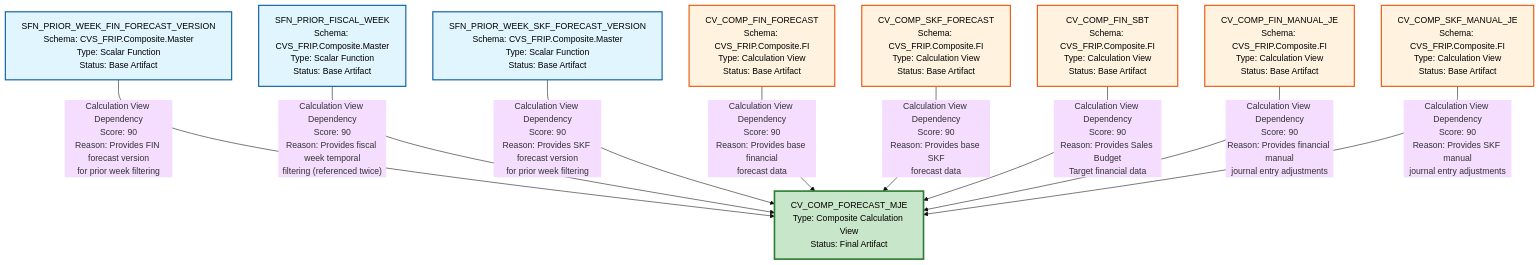
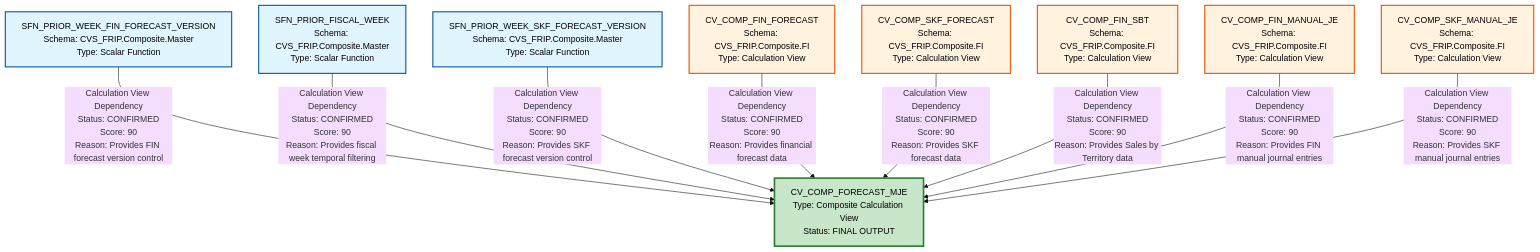
Before and after one commit to ELANSURIYAA/HANA-TO-BIGQUERY: the diagram in Agent Output MJE/DI HANA LINEAGE DEPENDENCY ANALYSIS EVALUATION MJE CV_COMP/Complete Lineage Analysis Report.md, drawn with Mermaid (base theme). The commit also changed other lines of this file, not shown here.

````diff
--- a/Agent Output MJE/DI HANA LINEAGE DEPENDENCY ANALYSIS EVALUATION MJE CV_COMP/Complete Lineage Analysis Report.md
+++ b/Agent Output MJE/DI HANA LINEAGE DEPENDENCY ANALYSIS EVALUATION MJE CV_COMP/Complete Lineage Analysis Report.md
@@ -189,38 +198,38 @@
 ```mermaid
 flowchart TD
-    %% Base Scalar Functions
-    SFN1["SFN_PRIOR_WEEK_FIN_FORECAST_VERSION<br/>Schema: CVS_FRIP.Composite.Master<br/>Type: Scalar Function<br/>Status: Base Artifact"]
-    SFN2["SFN_PRIOR_FISCAL_WEEK<br/>Schema: CVS_FRIP.Composite.Master<br/>Type: Scalar Function<br/>Status: Base Artifact"]
-    SFN3["SFN_PRIOR_WEEK_SKF_FORECAST_VERSION<br/>Schema: CVS_FRIP.Composite.Master<br/>Type: Scalar Function<br/>Status: Base Artifact"]
+    %% Base Layer - Scalar Functions
+    SFN1["SFN_PRIOR_WEEK_FIN_FORECAST_VERSION<br/>Schema: CVS_FRIP.Composite.Master<br/>Type: Scalar Function"]
+    SFN2["SFN_PRIOR_FISCAL_WEEK<br/>Schema: CVS_FRIP.Composite.Master<br/>Type: Scalar Function"]
+    SFN3["SFN_PRIOR_WEEK_SKF_FORECAST_VERSION<br/>Schema: CVS_FRIP.Composite.Master<br/>Type: Scalar Function"]
     
-    %% Base Calculation Views
-    CV1["CV_COMP_FIN_FORECAST<br/>Schema: CVS_FRIP.Composite.FI<br/>Type: Calculation View<br/>Status: Base Artifact"]
-    CV2["CV_COMP_SKF_FORECAST<br/>Schema: CVS_FRIP.Composite.FI<br/>Type: Calculation View<br/>Status: Base Artifact"]
-    CV3["CV_COMP_FIN_SBT<br/>Schema: CVS_FRIP.Composite.FI<br/>Type: Calculation View<br/>Status: Base Artifact"]
-    CV4["CV_COMP_FIN_MANUAL_JE<br/>Schema: CVS_FRIP.Composite.FI<br/>Type: Calculation View<br/>Status: Base Artifact"]
-    CV5["CV_COMP_SKF_MANUAL_JE<br/>Schema: CVS_FRIP.Composite.FI<br/>Type: Calculation View<br/>Status: Base Artifact"]
+    %% Base Layer - Calculation Views
+    CV1["CV_COMP_FIN_FORECAST<br/>Schema: CVS_FRIP.Composite.FI<br/>Type: Calculation View"]
+    CV2["CV_COMP_SKF_FORECAST<br/>Schema: CVS_FRIP.Composite.FI<br/>Type: Calculation View"]
+    CV3["CV_COMP_FIN_SBT<br/>Schema: CVS_FRIP.Composite.FI<br/>Type: Calculation View"]
+    CV4["CV_COMP_FIN_MANUAL_JE<br/>Schema: CVS_FRIP.Composite.FI<br/>Type: Calculation View"]
+    CV5["CV_COMP_SKF_MANUAL_JE<br/>Schema: CVS_FRIP.Composite.FI<br/>Type: Calculation View"]
     
-    %% Target Composite View
-    TARGET["CV_COMP_FORECAST_MJE<br/>Type: Composite Calculation View<br/>Status: Final Artifact"]
+    %% Target - Main Calculation View
+    TARGET["CV_COMP_FORECAST_MJE<br/>Type: Composite Calculation View<br/>Status: FINAL OUTPUT"]
     
-    %% Scalar Function Dependencies
-    SFN1 -->|"Calculation View Dependency<br/>Score: 90<br/>Reason: Provides FIN forecast version<br/>for prior week filtering"| TARGET
-    SFN2 -->|"Calculation View Dependency<br/>Score: 90<br/>Reason: Provides fiscal week temporal<br/>filtering (referenced twice)"| TARGET
-    SFN3 -->|"Calculation View Dependency<br/>Score: 90<br/>Reason: Provides SKF forecast version<br/>for prior week filtering"| TARGET
+    %% Relationships - Scalar Functions
+    SFN1 -->|"Calculation View Dependency<br/>Status: CONFIRMED<br/>Score: 90<br/>Reason: Provides FIN forecast version control"| TARGET
+    SFN2 -->|"Calculation View Dependency<br/>Status: CONFIRMED<br/>Score: 90<br/>Reason: Provides fiscal week temporal filtering"| TARGET
+    SFN3 -->|"Calculation View Dependency<br/>Status: CONFIRMED<br/>Score: 90<br/>Reason: Provides SKF forecast version control"| TARGET
     
-    %% Calculation View Dependencies
-    CV1 -->|"Calculation View Dependency<br/>Score: 90<br/>Reason: Provides base financial<br/>forecast data"| TARGET
-    CV2 -->|"Calculation View Dependency<br/>Score: 90<br/>Reason: Provides base SKF<br/>forecast data"| TARGET
-    CV3 -->|"Calculation View Dependency<br/>Score: 90<br/>Reason: Provides Sales Budget<br/>Target financial data"| TARGET
-    CV4 -->|"Calculation View Dependency<br/>Score: 90<br/>Reason: Provides financial manual<br/>journal entry adjustments"| TARGET
-    CV5 -->|"Calculation View Dependency<br/>Score: 90<br/>Reason: Provides SKF manual<br/>journal entry adjustments"| TARGET
+    %% Relationships - Calculation Views
+    CV1 -->|"Calculation View Dependency<br/>Status: CONFIRMED<br/>Score: 90<br/>Reason: Provides financial forecast data"| TARGET
+    CV2 -->|"Calculation View Dependency<br/>Status: CONFIRMED<br/>Score: 90<br/>Reason: Provides SKF forecast data"| TARGET
+    CV3 -->|"Calculation View Dependency<br/>Status: CONFIRMED<br/>Score: 90<br/>Reason: Provides Sales by Territory data"| TARGET
+    CV4 -->|"Calculation View Dependency<br/>Status: CONFIRMED<br/>Score: 90<br/>Reason: Provides FIN manual journal entries"| TARGET
+    CV5 -->|"Calculation View Dependency<br/>Status: CONFIRMED<br/>Score: 90<br/>Reason: Provides SKF manual journal entries"| TARGET
     
     %% Styling
     classDef scalarFunc fill:#e1f5ff,stroke:#01579b,stroke-width:2px,color:#000
     classDef calcView fill:#fff3e0,stroke:#e65100,stroke-width:2px,color:#000
-    classDef finalView fill:#c8e6c9,stroke:#2e7d32,stroke-width:3px,color:#000
+    classDef finalOutput fill:#c8e6c9,stroke:#2e7d32,stroke-width:3px,color:#000
     
     class SFN1,SFN2,SFN3 scalarFunc
     class CV1,CV2,CV3,CV4,CV5 calcView
-    class TARGET finalView
+    class TARGET finalOutput
 ```
````
